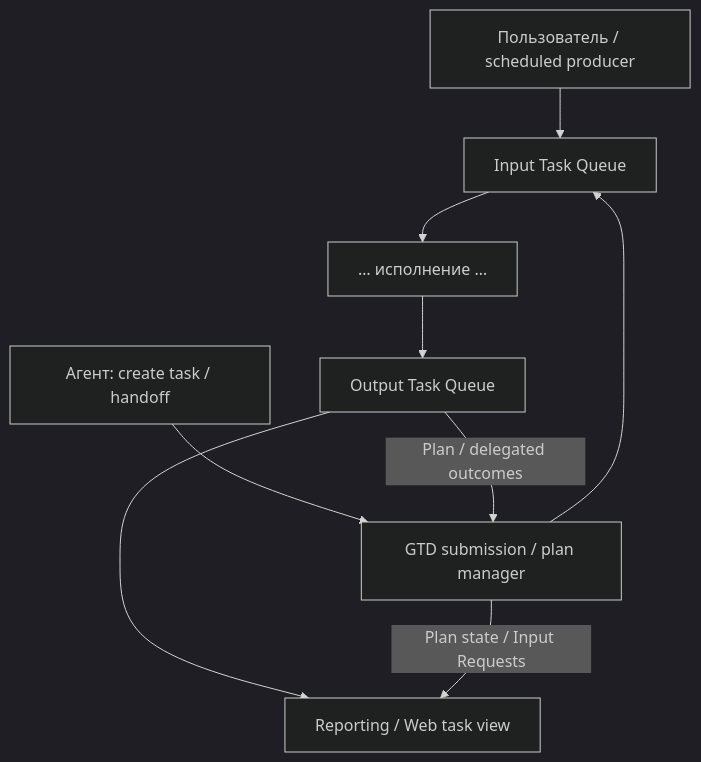
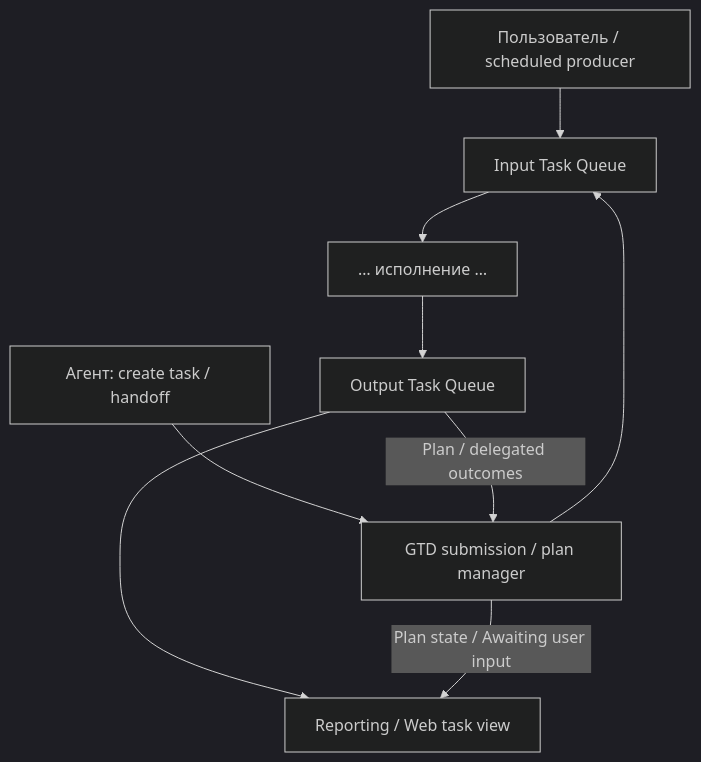
The diagram in PLAYBOOKS-VS-GETTING-THINGS-DONE-BOUNDARIES.md (trained-assist/trained-agent-architecture), drawn with Mermaid (dark theme) before and after one commit. The commit also changed other lines of this file, not shown here.

Commit message:
docs: add GTD control identity and rename awaiting user input

````diff
--- a/PLAYBOOKS-VS-GETTING-THINGS-DONE-BOUNDARIES.md
+++ b/PLAYBOOKS-VS-GETTING-THINGS-DONE-BOUNDARIES.md
@@ -98,11 +116,11 @@
 ```mermaid
 flowchart TD
   U["Пользователь / scheduled producer"] --> I["Input Task Queue"]
   A["Агент: create task / handoff"] --> G["GTD submission / plan manager"]
   G --> I
   I --> X["… исполнение …"]
   X --> O["Output Task Queue"]
   O -->|"Plan / delegated outcomes"| G
   O --> R["Reporting / Web task view"]
-  G -->|"Plan state / Input Requests"| R
+  G -->|"Plan state / Awaiting user input"| R
 ```
````
